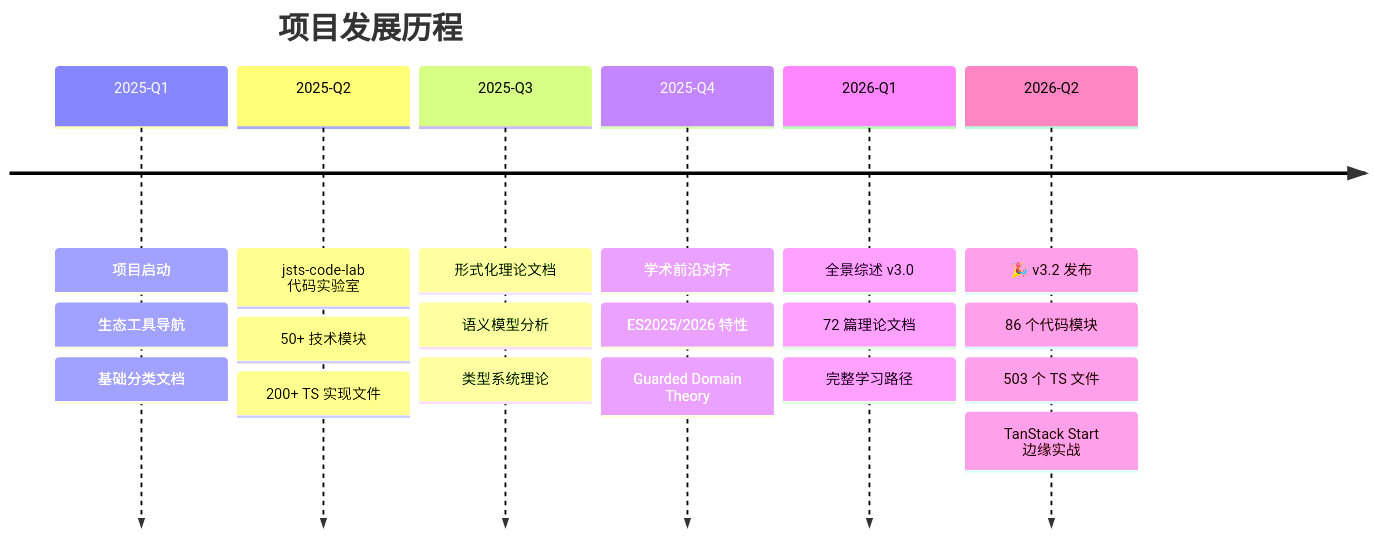
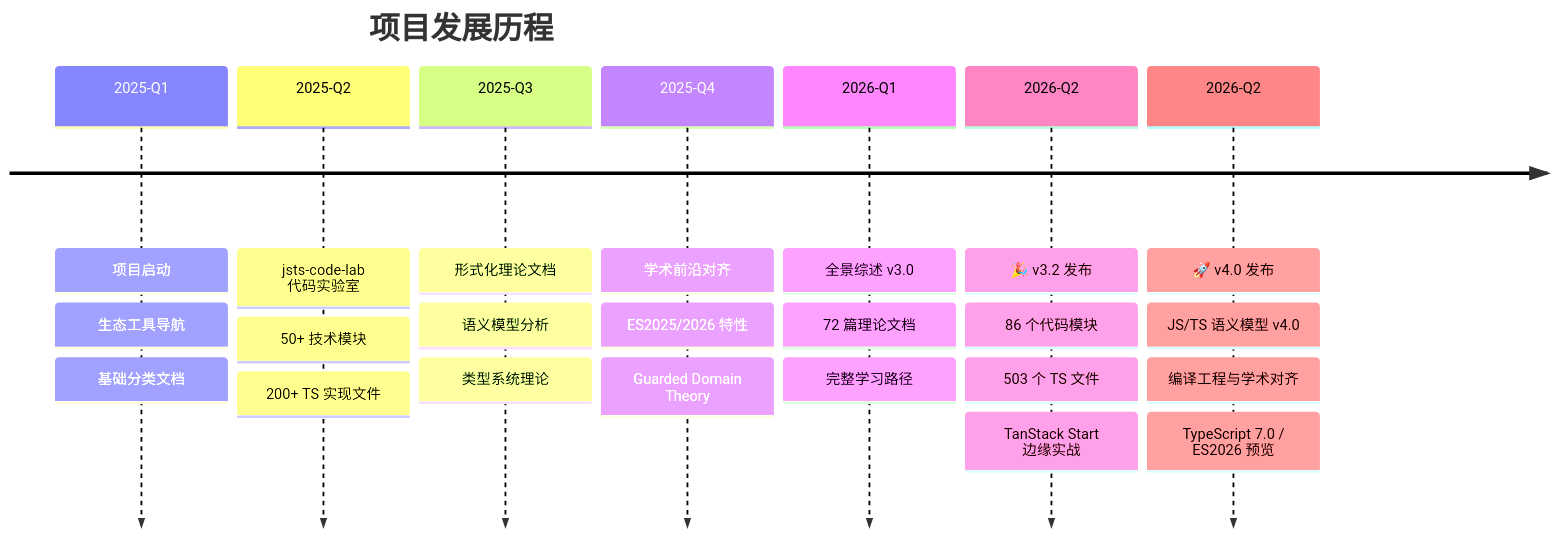
One commit to AdaMartin18010/JavaScriptTypeScript changed the first of 7 diagrams in FINAL_COMPLETION_REPORT.md. Above: the diagram before and after it, drawn with Mermaid. The commit also changed other lines of this file and 2 other files, not shown here.

Commit message:
chore: bump version to v4.0.0 and update README/REPORT highlights
- Update FINAL_COMPLETION_REPORT version to v4.0.0
- Add v4.0 milestone to timeline diagram
- Update README.md and README-EN.md with flagship doc link and latest stats

````diff
--- a/FINAL_COMPLETION_REPORT.md
+++ b/FINAL_COMPLETION_REPORT.md
@@ -38,23 +38,27 @@
 ```mermaid
 timeline
     title 项目发展历程
     2025-Q1 : 项目启动
             : 生态工具导航
             : 基础分类文档
     2025-Q2 : jsts-code-lab 代码实验室
             : 50+ 技术模块
             : 200+ TS 实现文件
     2025-Q3 : 形式化理论文档
             : 语义模型分析
             : 类型系统理论
     2025-Q4 : 学术前沿对齐
             : ES2025/2026 特性
             : Guarded Domain Theory
     2026-Q1 : 全景综述 v3.0
             : 72 篇理论文档
             : 完整学习路径
     2026-Q2 : 🎉 v3.2 发布
             : 86 个代码模块
             : 503 个 TS 文件
             : TanStack Start 边缘实战
+    2026-Q2 : 🚀 v4.0 发布
+            : JS/TS 语义模型 v4.0
+            : 编译工程与学术对齐
+            : TypeScript 7.0 / ES2026 预览
 ```
````
